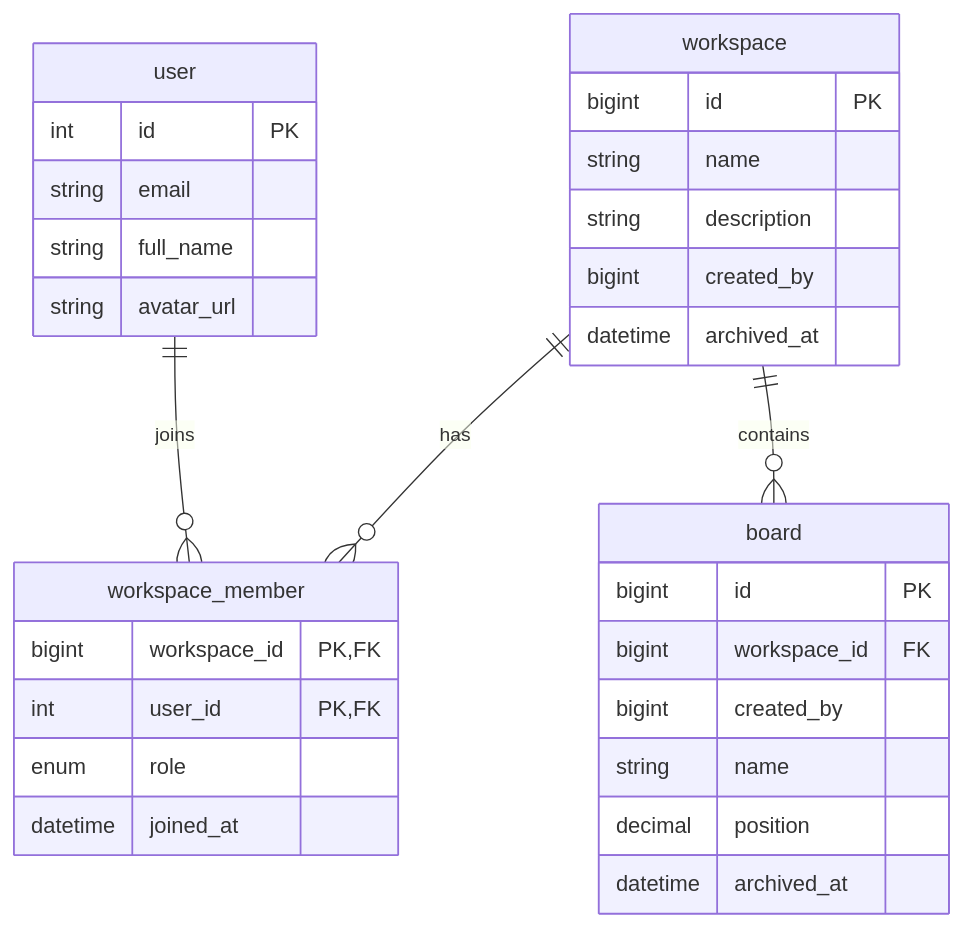
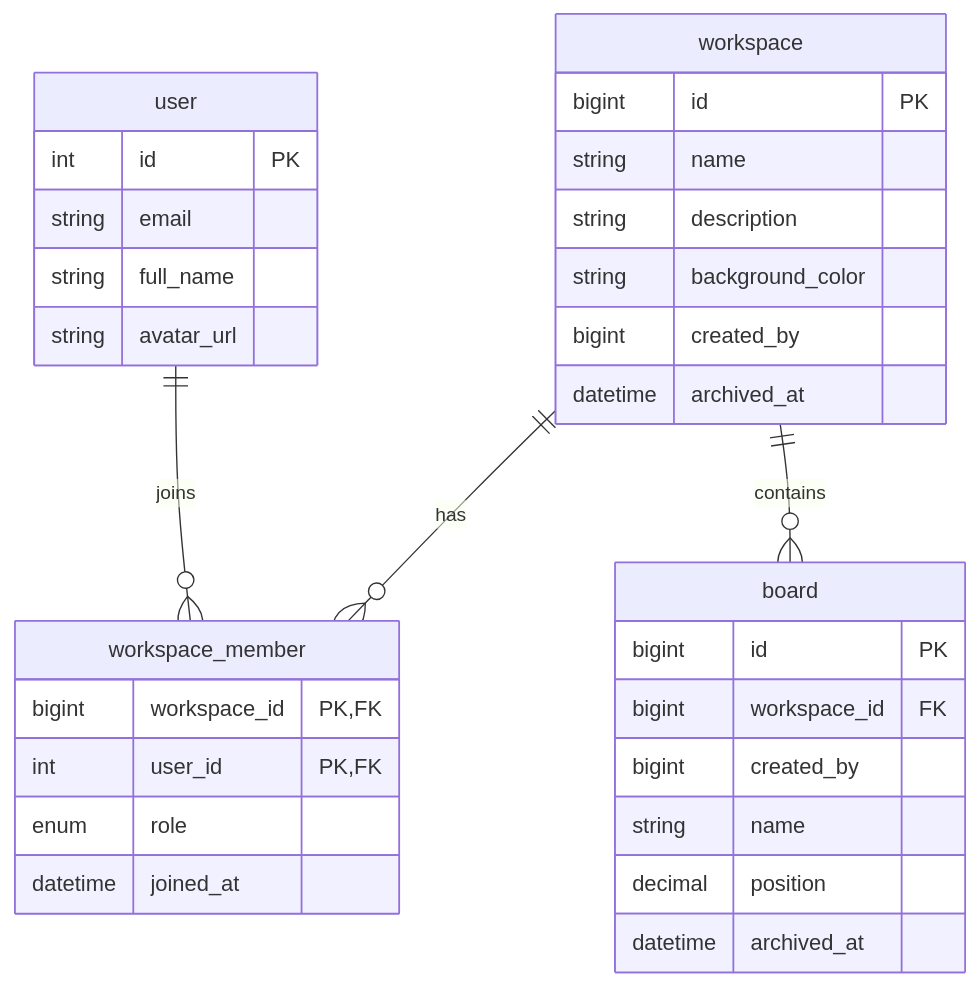
The diagram in docs/architecture/data-model.md (Thoai1503/TrelloClone), drawn with Mermaid before and after one commit. The commit also changed other lines of this file and 27 other files, not shown here.

````diff
--- a/docs/architecture/data-model.md
+++ b/docs/architecture/data-model.md
@@ -5,34 +5,35 @@
 ```mermaid
 erDiagram
     user ||--o{ workspace_member : joins
     workspace ||--o{ workspace_member : has
     workspace ||--o{ board : contains
 
     user {
         int id PK
         string email
         string full_name
         string avatar_url
     }
     workspace {
         bigint id PK
         string name
         string description
+        string background_color
         bigint created_by
         datetime archived_at
     }
     workspace_member {
         bigint workspace_id PK, FK
         int user_id PK, FK
         enum role
         datetime joined_at
     }
     board {
         bigint id PK
         bigint workspace_id FK
         bigint created_by
         string name
         decimal position
         datetime archived_at
     }
 ```
````
